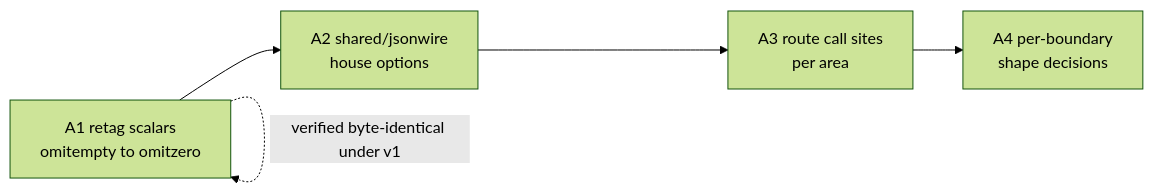
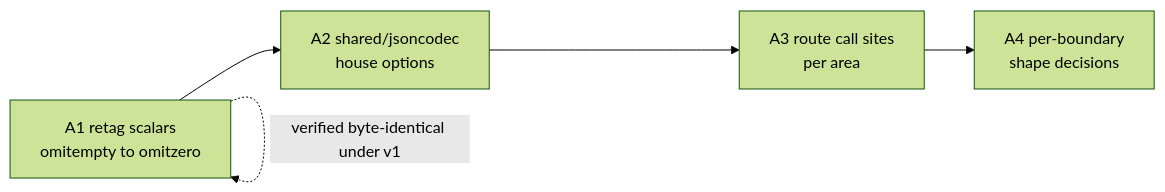
One commit to darcy561/eve-industry-planner changed the diagram in technical-documentation/migration-plans/go-127-adoption/plan.md. Above: the diagram before and after it, drawn with Mermaid (forest theme). The commit also changed other lines of this file and 4 other files, not shown here.

````diff
--- a/technical-documentation/migration-plans/go-127-adoption/plan.md
+++ b/technical-documentation/migration-plans/go-127-adoption/plan.md
@@ -50,9 +50,9 @@
 ```mermaid
 flowchart LR
   A1["A1 retag scalars<br/>omitempty to omitzero"]
-  A2["A2 shared/jsonwire<br/>house options"]
+  A2["A2 shared/jsoncodec<br/>house options"]
   A3["A3 route call sites<br/>per area"]
   A4["A4 per-boundary<br/>shape decisions"]
   A1 --> A2 --> A3 --> A4
   A1 -. "verified byte-identical under v1" .-> A1
 ```
````
